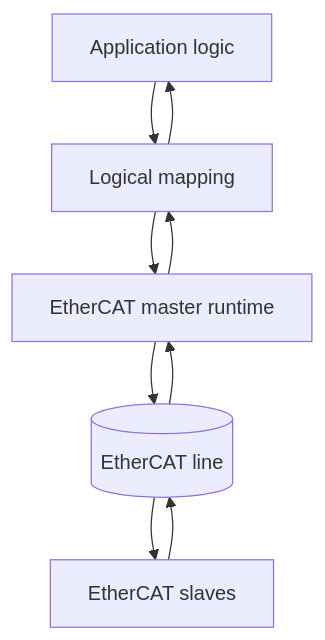
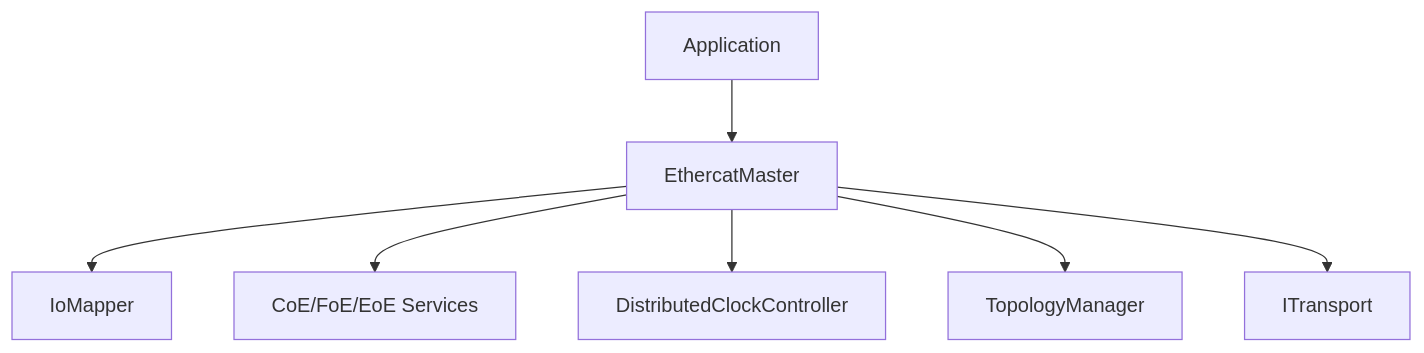
Before and after one commit to robotcontrol-xyz/openethercat: the second of 4 diagrams in docs/ethercat-for-dummies.md, drawn with Mermaid. The commit also changed other lines of this file, not shown here.

Commit message:
Expand EtherCAT for Dummies into technical deep-dive

````diff
--- a/docs/ethercat-for-dummies.md
+++ b/docs/ethercat-for-dummies.md
@@ -54,17 +87,17 @@
 ```mermaid
 flowchart TB
-    App[Application logic]
-    Map[Logical mapping]
-    Master[EtherCAT master runtime]
-    Wire[(EtherCAT line)]
-    Slaves[EtherCAT slaves]
+    App[Application]
+    Master[EthercatMaster]
+    Map[IoMapper]
+    Mailbox[CoE/FoE/EoE Services]
+    DC[DistributedClockController]
+    Topo[TopologyManager]
+    Transport[ITransport]
 
-    App --> Map
-    Map --> Master
-    Master --> Wire
-    Wire --> Slaves
-    Slaves --> Wire
-    Wire --> Master
+    App --> Master
     Master --> Map
-    Map --> App
+    Master --> Mailbox
+    Master --> DC
+    Master --> Topo
+    Master --> Transport
 ```
````
